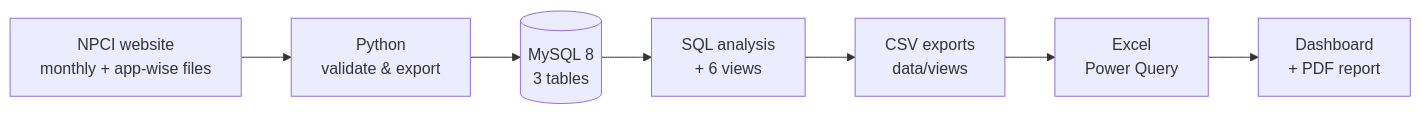
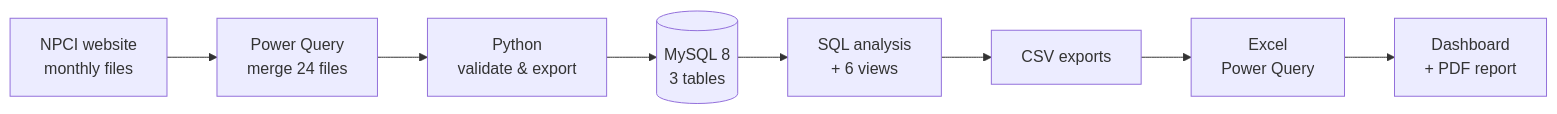
The diagram in README.md (faustusaryan/upi-growth-analysis), drawn with Mermaid before and after one commit. The commit also changed other lines of this file, not shown here.

````diff
--- a/README.md
+++ b/README.md
@@ -57,9 +62,10 @@
 ```mermaid
 flowchart LR
-    A[NPCI website<br/>monthly + app-wise files] --> B[Python<br/>validate & export]
+    A[NPCI website<br/>monthly files] --> M[Power Query<br/>merge 24 files]
+    M --> B[Python<br/>validate & export]
     B --> C[(MySQL 8<br/>3 tables)]
     C --> D[SQL analysis<br/>+ 6 views]
-    D --> E[CSV exports<br/>data/views]
+    D --> E[CSV exports]
     E --> F[Excel<br/>Power Query]
     F --> G[Dashboard<br/>+ PDF report]
 ```
````
